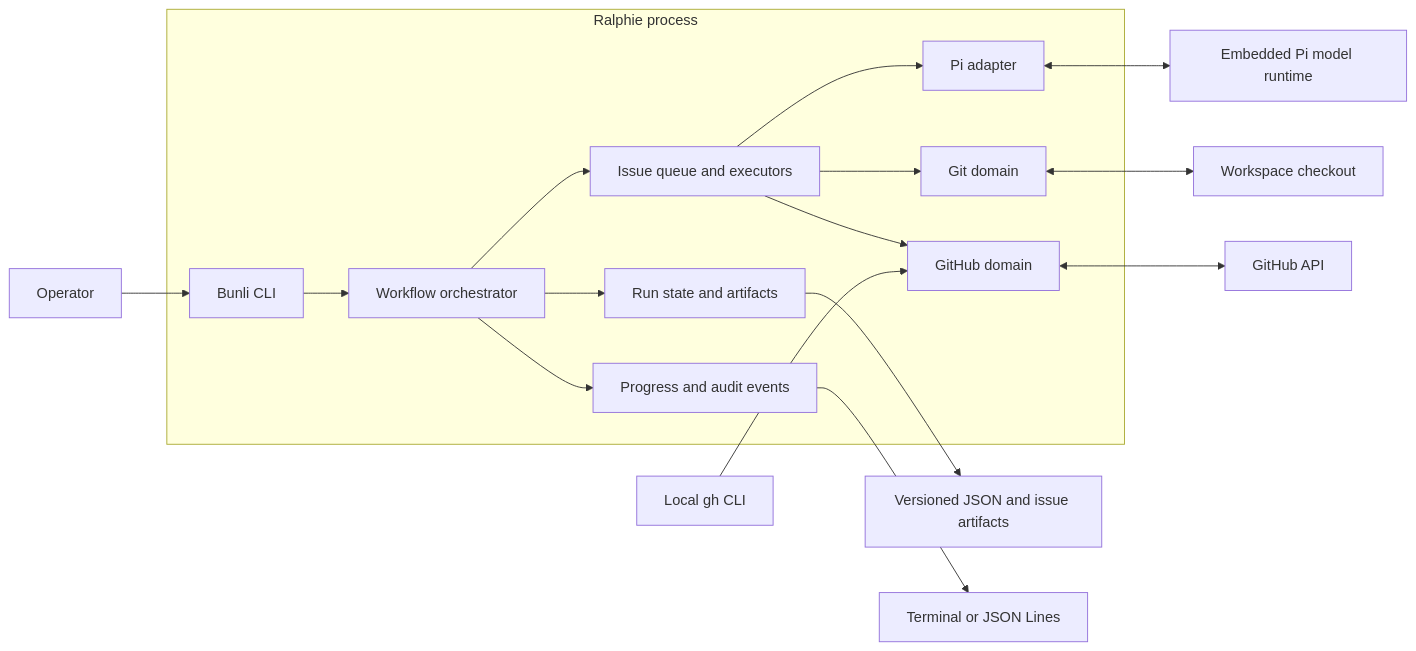
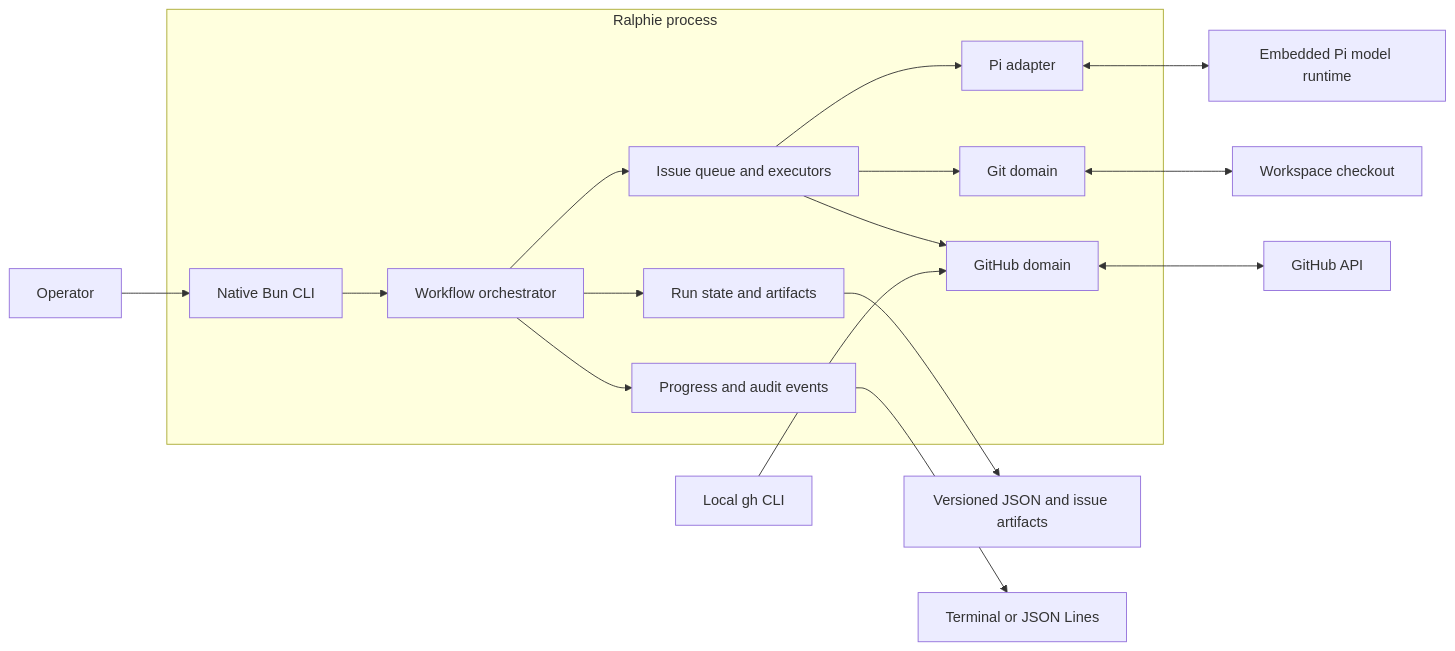
One commit to beremaran/ralphie changed the fifth of 5 diagrams in README.md. Above: the diagram before and after it, drawn with Mermaid. The commit also changed other lines of this file and 109 other files, not shown here.

````diff
--- a/README.md
+++ b/README.md
@@ -524,21 +527,21 @@
 ```mermaid
 flowchart LR
-    U[Operator] --> CLI[Bunli CLI]
+    U[Operator] --> CLI[Native Bun CLI]
 
     subgraph RP["Ralphie process"]
         CLI --> W[Workflow orchestrator]
         W --> Q[Issue queue and executors]
         W --> S[Run state and artifacts]
         W --> P[Progress and audit events]
         Q --> OC[Pi adapter]
         Q --> GD[Git domain]
         Q --> GHD[GitHub domain]
     end
 
     AUTH[Local gh CLI] --> GHD
     GHD <--> GH[GitHub API]
     GD <--> REPO[Workspace checkout]
     OC <--> SERVER[Embedded Pi model runtime]
     S --> DISK[Versioned JSON and issue artifacts]
     P --> TERM[Terminal or JSON Lines]
 ```
````
